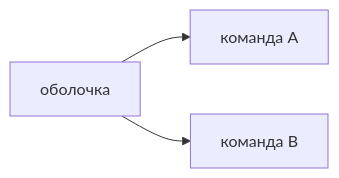
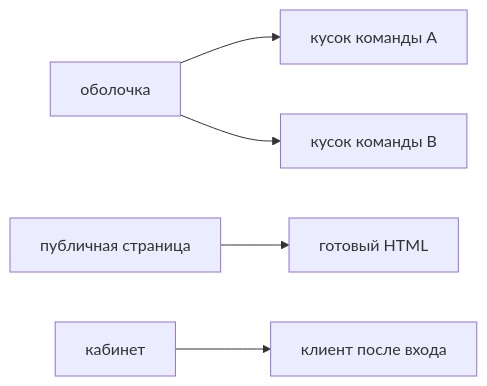
The diagram in nine-to-eighteen/ui/src/data/learn/frontend/fe10-microfront-next.md (AlexanderNY/cursor_test), drawn with Mermaid before and after one commit. The commit also changed other lines of this file and 40 other files, not shown here.

````diff
--- a/nine-to-eighteen/ui/src/data/learn/frontend/fe10-microfront-next.md
+++ b/nine-to-eighteen/ui/src/data/learn/frontend/fe10-microfront-next.md
@@ -50,5 +99,7 @@
 ```mermaid
 flowchart LR
-  Shell[оболочка] --> A[команда A]
-  Shell --> B[команда B]
+  Shell[оболочка] --> A[кусок команды A]
+  Shell --> B[кусок команды B]
+  Pub[публичная страница] --> HTML[готовый HTML]
+  Cab[кабинет] --> SPA[клиент после входа]
 ```
````
